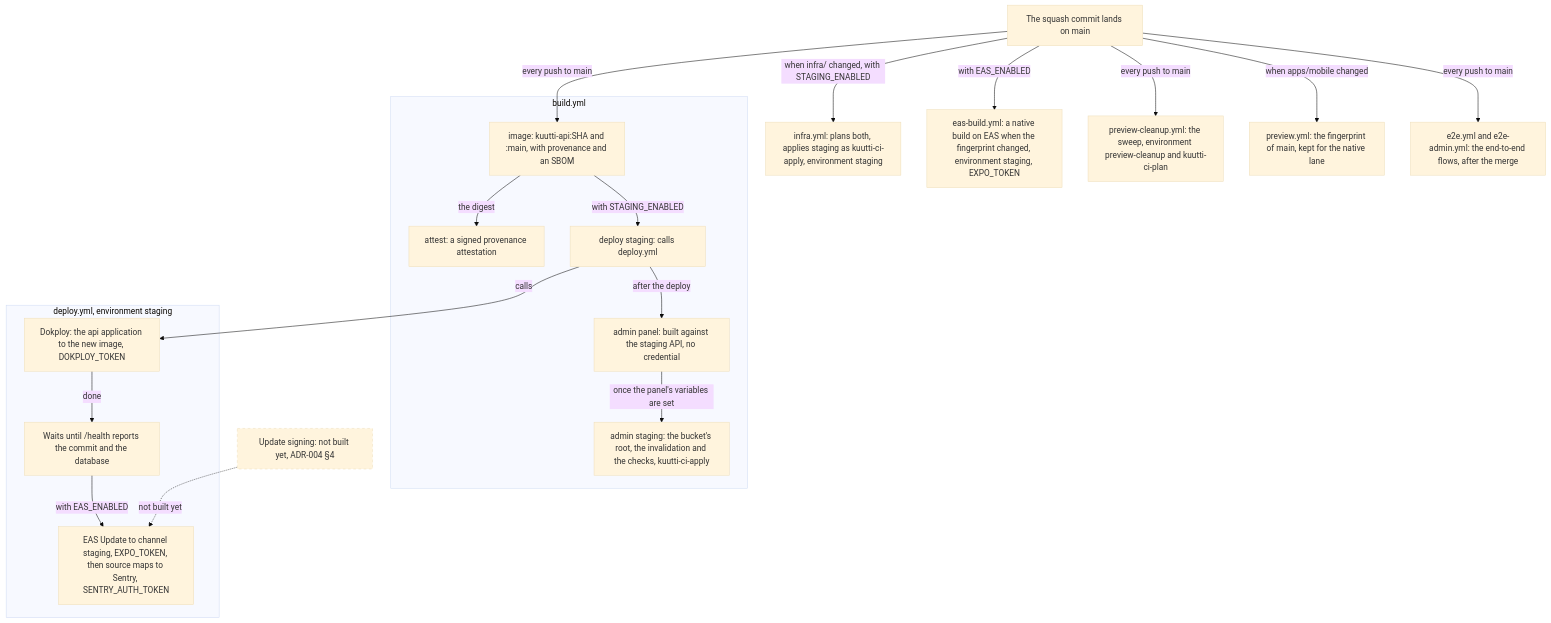
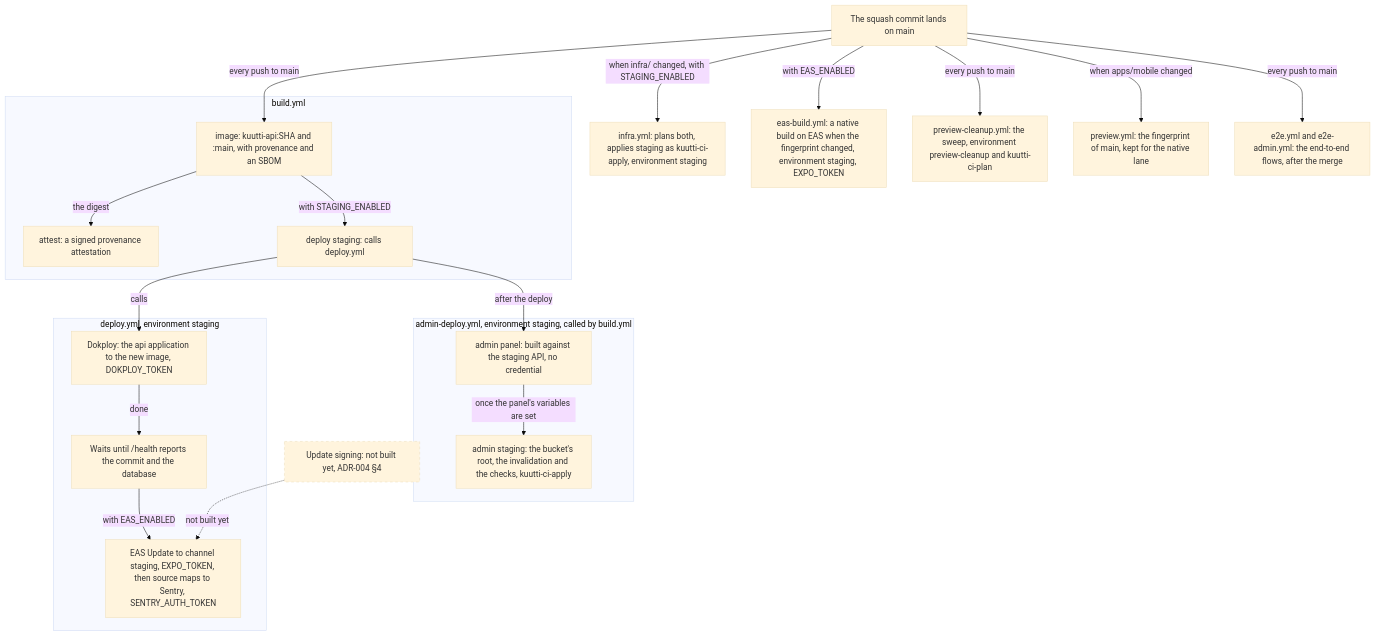
Before and after one commit to kuutti-ry/kuutti-app: the second of 4 diagrams in docs/architecture/delivery.md, drawn with Mermaid (base theme). The commit also changed other lines of this file and 27 other files, not shown here.

````diff
--- a/docs/architecture/delivery.md
+++ b/docs/architecture/delivery.md
@@ -86,39 +87,41 @@
 ```mermaid
 flowchart TB
   accTitle: Delivery, part 2: a merge to main
   accDescr: A merge pushes the API image for the commit with provenance and an attestation, deploys it to staging's Dokploy, waits for /health and publishes the EAS Update to the staging channel, then builds and uploads the admin panel. Beside it, infra.yml applies staging, eas-build.yml starts a native build when the fingerprint changed, the sweep removes old previews and the end-to-end flows run. Update signing is not built.
   n14["The squash commit lands on main"]
   subgraph buildyml["build.yml"]
     n15["image: kuutti-api:SHA and :main, with provenance and an SBOM"]
     n16["attest: a signed provenance attestation"]
     n17["deploy staging: calls deploy.yml"]
+  end
+  subgraph adminyml["admin-deploy.yml, environment staging, called by build.yml"]
     n18["admin panel: built against the staging API, no credential"]
     n19["admin staging: the bucket's root, the invalidation and the checks, kuutti-ci-apply"]
   end
   subgraph deployyml["deploy.yml, environment staging"]
     n20["Dokploy: the api application to the new image, DOKPLOY_TOKEN"]
     n21["Waits until /health reports the commit and the database"]
     n22["EAS Update to channel staging, EXPO_TOKEN, then source maps to Sentry, SENTRY_AUTH_TOKEN"]
   end
   n23["infra.yml: plans both, applies staging as kuutti-ci-apply, environment staging"]
   n24["eas-build.yml: a native build on EAS when the fingerprint changed, environment staging, EXPO_TOKEN"]
   n25["preview-cleanup.yml: the sweep, environment preview-cleanup and kuutti-ci-plan"]
   n26["preview.yml: the fingerprint of main, kept for the native lane"]
   n27["e2e.yml and e2e-admin.yml: the end-to-end flows, after the merge"]
   n28["Update signing: not built yet, ADR-004 §4"]:::notbuilt
   n14 -->|"every push to main"| n15
   n15 -->|"the digest"| n16
   n15 -->|"with STAGING_ENABLED"| n17
   n17 -->|"calls"| n20
   n20 -->|"done"| n21
   n21 -->|"with EAS_ENABLED"| n22
   n17 -->|"after the deploy"| n18
   n18 -->|"once the panel's variables are set"| n19
   n14 -->|"when infra/ changed, with STAGING_ENABLED"| n23
   n14 -->|"with EAS_ENABLED"| n24
   n14 -->|"every push to main"| n25
   n14 -->|"when apps/mobile changed"| n26
   n14 -->|"every push to main"| n27
   n28 -.->|"not built yet"| n22
   classDef notbuilt stroke-dasharray: 5 5
 ```
````
